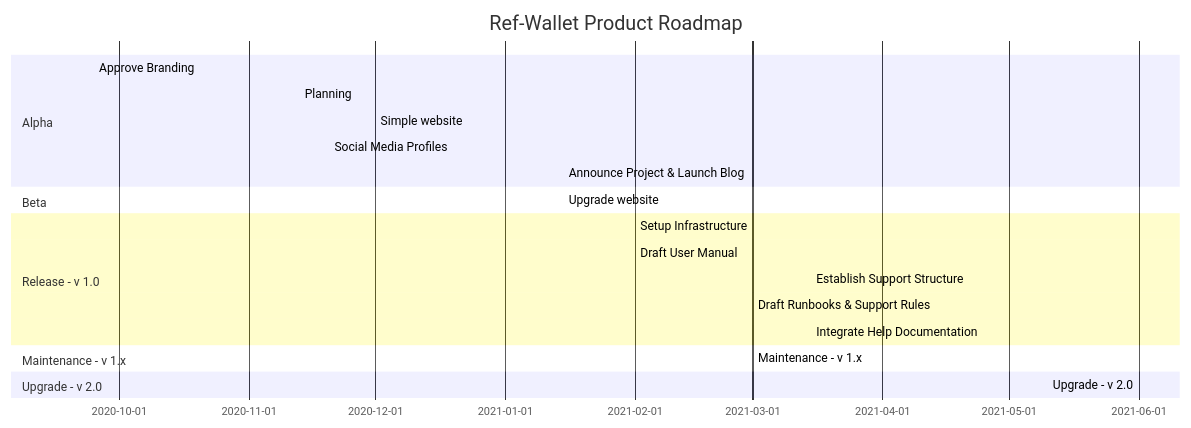
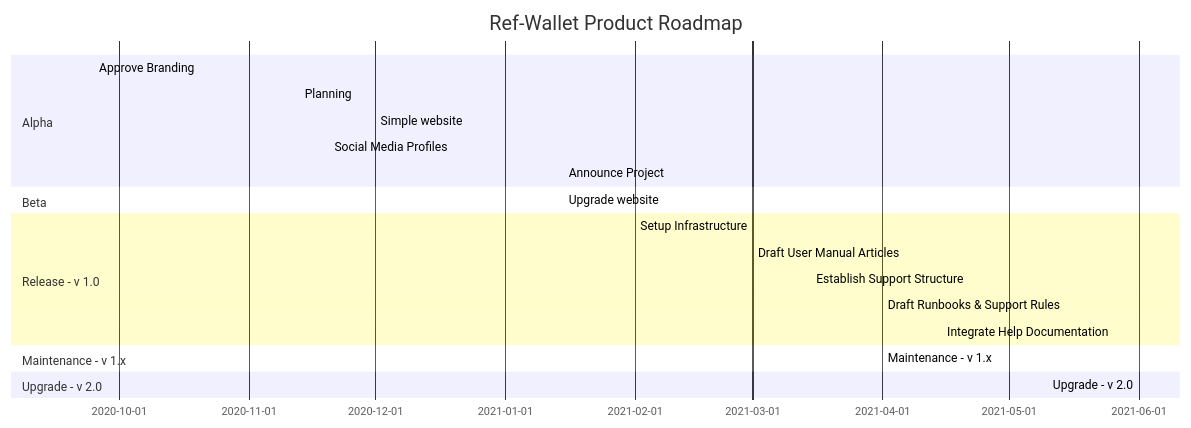
One commit to trilitech/umami-v1 changed the diagram in docs/operative/product_plan.md. Above: the diagram before and after it, drawn with Mermaid. The commit also changed other lines of this file, not shown here.

````diff
--- a/docs/operative/product_plan.md
+++ b/docs/operative/product_plan.md
@@ -40,22 +40,22 @@
 ```mermaid
 gantt
     title Ref-Wallet Product Roadmap
     section Alpha
     Approve Branding                                  :done  , 2020-09-25, 2021-01-13
     Planning                                          :done  , 2020-11-13, 2020-11-20
     Simple website                                    :done  , 2020-12-01, 2020-12-30
     Social Media Profiles                             :done  , 2020-11-20, 2020-11-30
-    Announce Project & Launch Blog                    :done  , 2021-01-15, 2021-01-31
+    Announce Project                                  :done  , 2021-01-15, 2021-01-31
     section Beta
     Upgrade website                                   :done  , 2021-01-15, 2021-01-31
     section Release - v 1.0
-    Setup Infrastructure                              :active, 2021-02-01, 2021-03-15
-    Draft User Manual                                 :active, 2021-02-01, 2021-04-01
-    Establish Support Structure                       :active, 2021-03-15, 2021-03-31
-    Draft Runbooks & Support Rules                    :active, 2021-03-01, 2021-03-30
-    Integrate Help Documentation                      :active, 2021-03-15, 2021-03-30
+    Setup Infrastructure                              :done  , 2021-02-01, 2021-03-15
+    Draft User Manual Articles                        :active, 2021-03-01, 2021-05-01
+    Establish Support Structure                       :active, 2021-03-15, 2021-05-31
+    Draft Runbooks & Support Rules                    :active, 2021-04-01, 2021-05-31
+    Integrate Help Documentation                      :active, 2021-04-15, 2021-05-31
     section Maintenance - v 1.x
-    Maintenance - v 1.x                               :active, 2021-03-01, 2021-06-01
+    Maintenance - v 1.x                               :active, 2021-04-01, 2021-06-01
     section Upgrade - v 2.0
     Upgrade - v 2.0                                   :active, 2021-06-01, 2021-09-01
 ```
````
